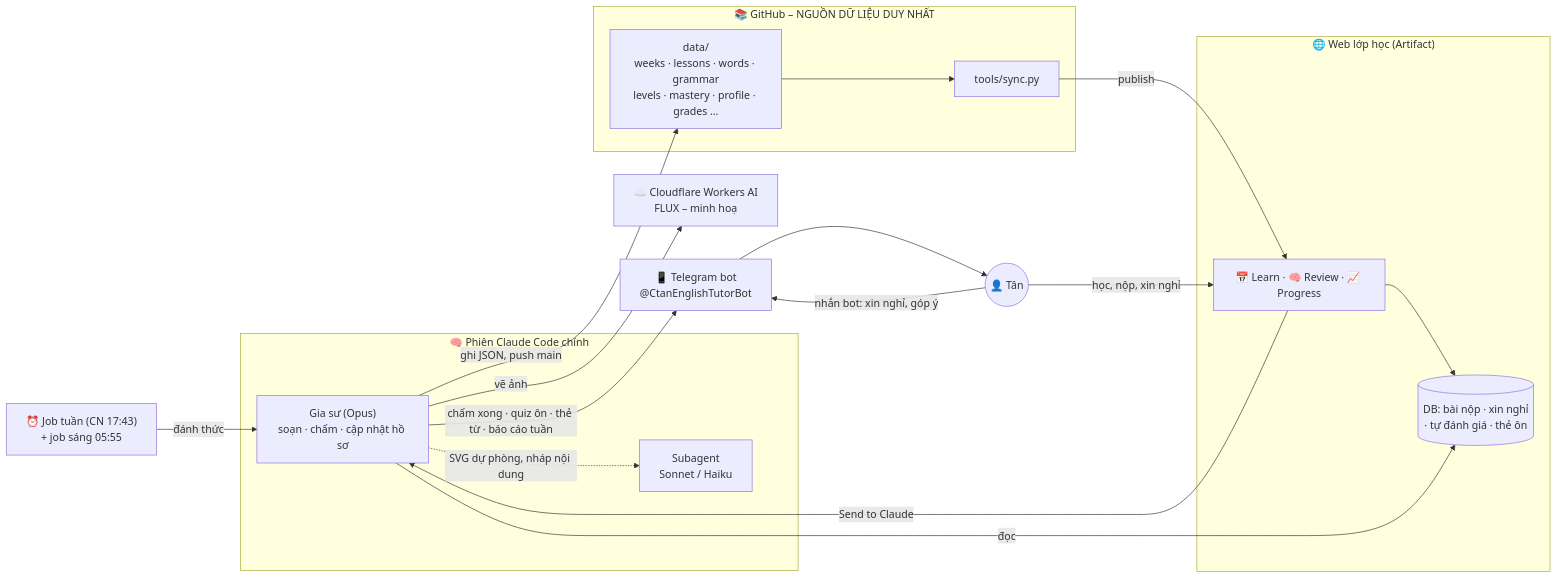
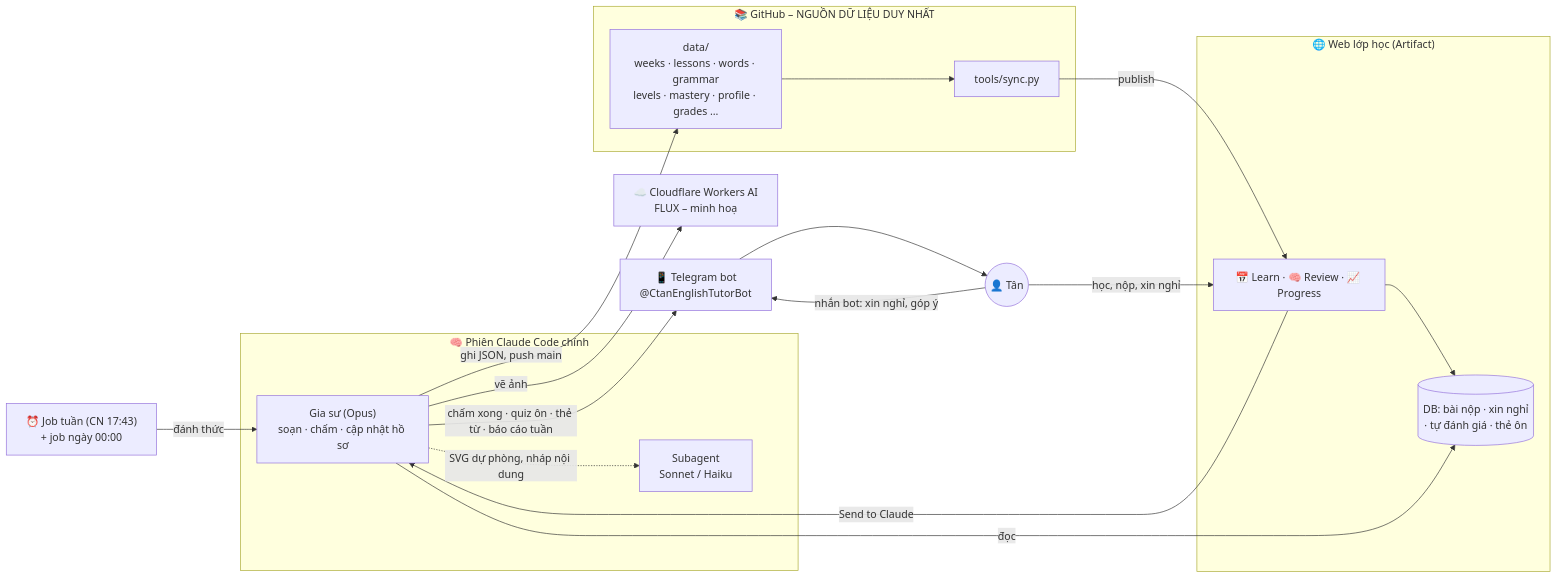
The first of 2 diagrams in README.md (tannc28/english-tutor), drawn with Mermaid before and after one commit. The commit also changed other lines of this file and 5 other files, not shown here.

Commit message:
Job hằng ngày dời sang 00:00

````diff
--- a/README.md
+++ b/README.md
@@ -23,27 +23,27 @@
 ```mermaid
 flowchart LR
-    J["⏰ Job tuần (CN 17:43)<br/>+ job sáng 05:55"] -- đánh thức --> G
+    J["⏰ Job tuần (CN 17:43)<br/>+ job ngày 00:00"] -- đánh thức --> G
     subgraph Phien["🧠 Phiên Claude Code chính"]
         G["Gia sư (Opus)<br/>soạn · chấm · cập nhật hồ sơ"]
         SA["Subagent<br/>Sonnet / Haiku"]
     end
     subgraph Repo["📚 GitHub – NGUỒN DỮ LIỆU DUY NHẤT"]
         D["data/<br/>weeks · lessons · words · grammar<br/>levels · mastery · profile · grades …"]
         S["tools/sync.py"]
     end
     subgraph Web["🌐 Web lớp học (Artifact)"]
         UI["📅 Learn · 🧠 Review · 📈 Progress"]
         DB[("DB: bài nộp · xin nghỉ<br/>· tự đánh giá · thẻ ôn")]
     end
     CF["☁️ Cloudflare Workers AI<br/>FLUX – minh hoạ"]
     TG["📱 Telegram bot<br/>@CtanEnglishTutorBot"]
     T(("👤 Tân"))
     G -- "ghi JSON, push main" --> D --> S -- "publish" --> UI
     G -- "vẽ ảnh" --> CF
     G -. "SVG dự phòng, nháp nội dung" .-> SA
     T -- "học, nộp, xin nghỉ" --> UI --> DB
     UI -- "Send to Claude" --> G
     G -- "đọc" --> DB
     G -- "chấm xong · quiz ôn · thẻ từ · báo cáo tuần" --> TG --> T
     T -- "nhắn bot: xin nghỉ, góp ý" --> TG
 ```
````
